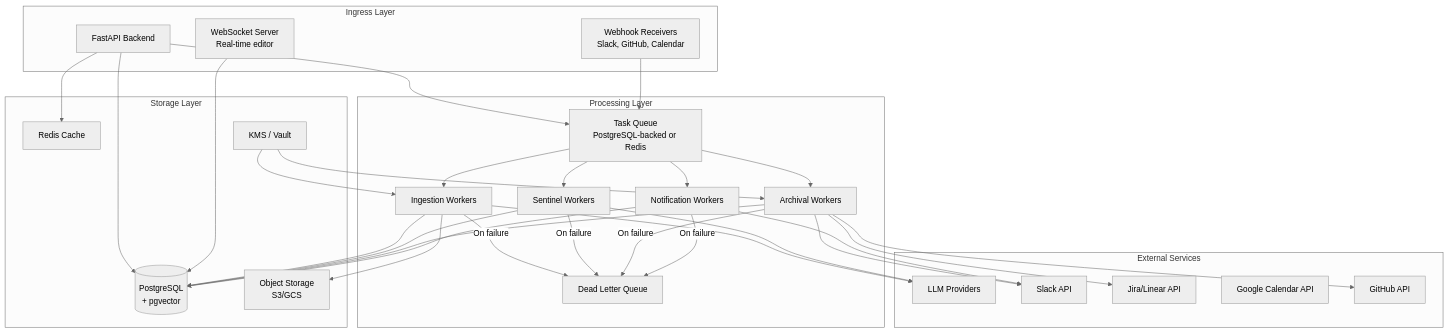
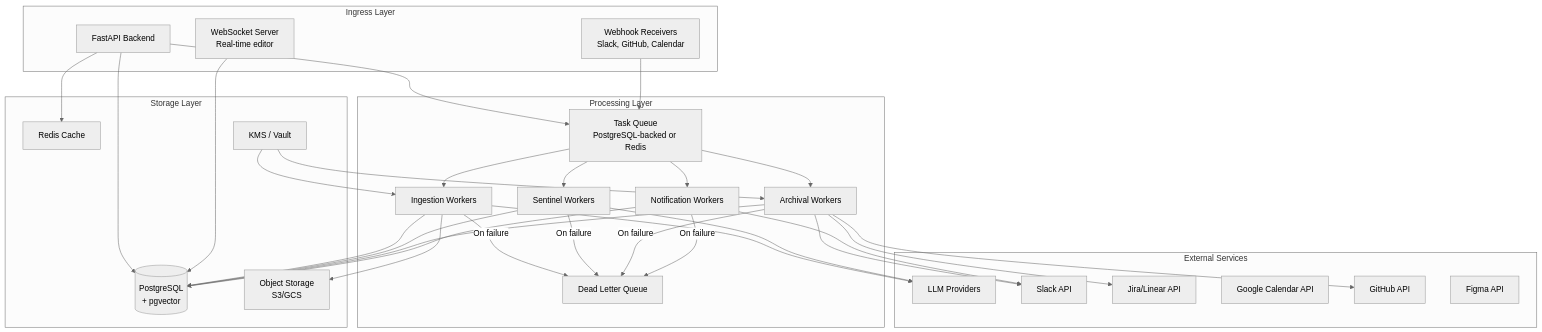
The ninth of 9 diagrams in docs/architecture.md (ckmonish2000/Garfield), drawn with Mermaid (neutral theme) before and after one commit. The commit also changed other lines of this file, not shown here.

Commit message:
feat: support figma too

````diff
--- a/docs/architecture.md
+++ b/docs/architecture.md
@@ -607,46 +632,47 @@
 ```mermaid
 graph TD
     subgraph Ingress["Ingress Layer"]
         API[FastAPI Backend]
         WH[Webhook Receivers<br/>Slack, GitHub, Calendar]
         WS[WebSocket Server<br/>Real-time editor]
     end
 
     subgraph Processing["Processing Layer"]
         Q[Task Queue<br/>PostgreSQL-backed or Redis]
         W1[Ingestion Workers]
         W2[Sentinel Workers]
         W3[Archival Workers]
         W4[Notification Workers]
         DLQ[Dead Letter Queue]
     end
 
     subgraph Storage["Storage Layer"]
         PG[(PostgreSQL<br/>+ pgvector)]
         S3[Object Storage<br/>S3/GCS]
         CACHE[Redis Cache]
         KMS[KMS / Vault]
     end
 
     subgraph External["External Services"]
         LLM[LLM Providers]
         SLACK[Slack API]
         JIRA[Jira/Linear API]
         GCAL[Google Calendar API]
         GH[GitHub API]
+        FIGMA[Figma API]
     end
 
     API --> Q
     WH --> Q
     Q --> W1 & W2 & W3 & W4
     W1 & W2 & W3 & W4 -->|On failure| DLQ
     W1 & W2 & W3 & W4 --> PG
     W1 --> S3
     W1 & W2 --> LLM
     W3 --> SLACK & JIRA & GH
     W4 --> SLACK
     API --> CACHE
     API --> PG
     WS --> PG
     KMS --> W1 & W3
 ```
````
